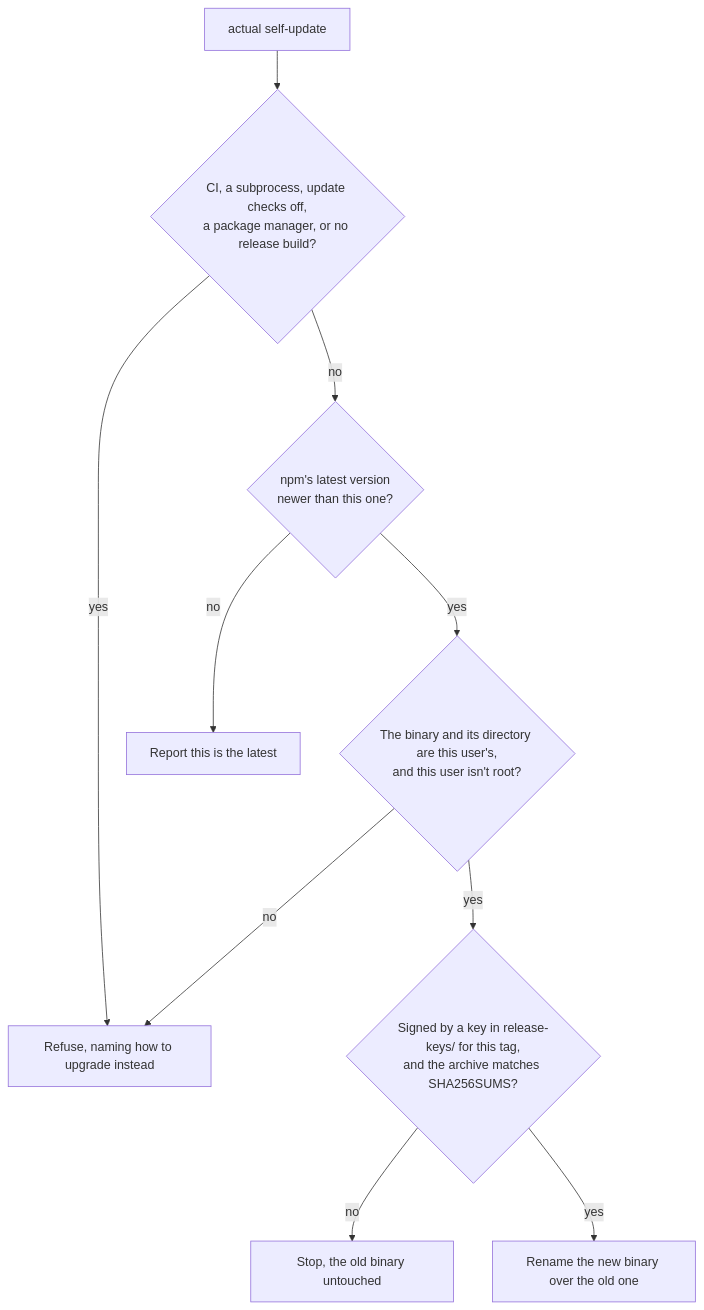
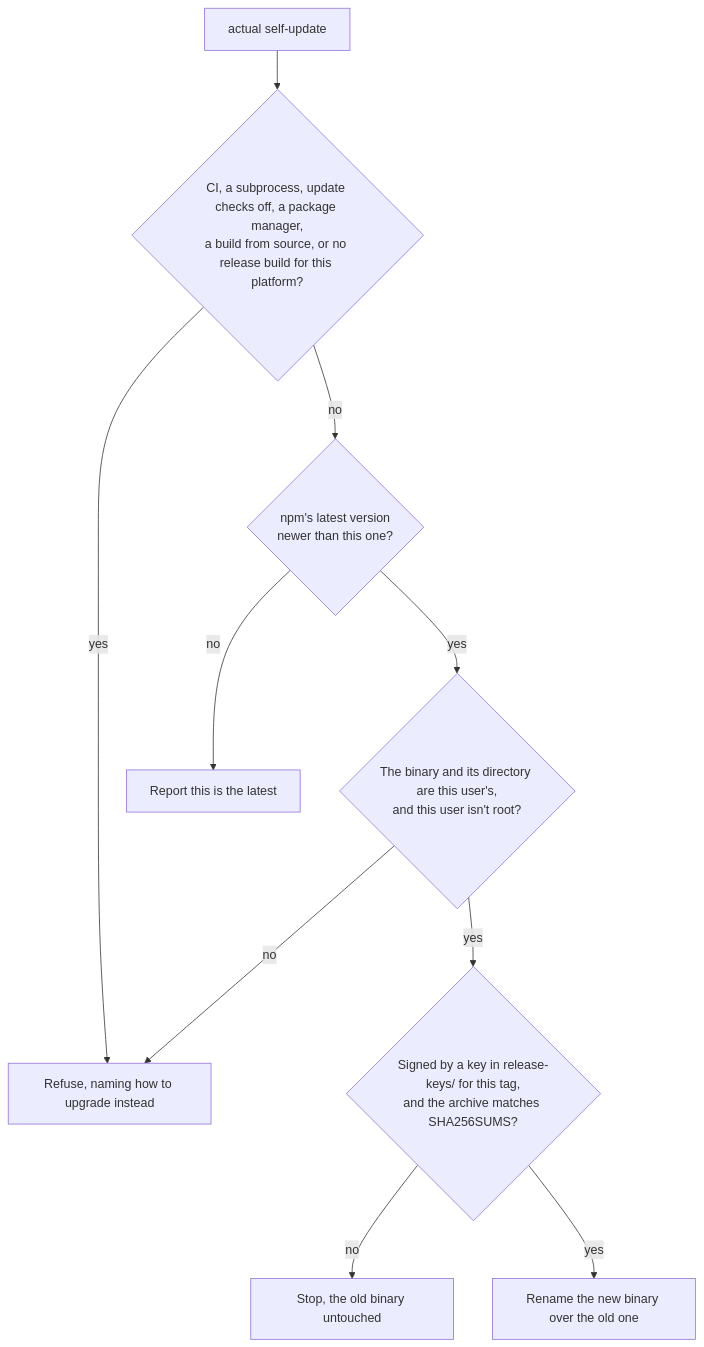
The diagram in docs/SELF_UPDATE.md (actual-software/actual-cli), drawn with Mermaid before and after one commit. The commit also changed other lines of this file and 5 other files, not shown here.

First line of the commit message:
fix(cli): refuse every build from source in actual self-update

````diff
--- a/docs/SELF_UPDATE.md
+++ b/docs/SELF_UPDATE.md
@@ -21,12 +21,12 @@
 ```mermaid
 flowchart TD
-    A["actual self-update"] --> B{"CI, a subprocess, update checks off,<br/>a package manager, or no release build?"}
+    A["actual self-update"] --> B{"CI, a subprocess, update checks off, a package manager,<br/>a build from source, or no release build for this platform?"}
     B -- yes --> R["Refuse, naming how to upgrade instead"]
     B -- no --> C{"npm's latest version<br/>newer than this one?"}
     C -- no --> U["Report this is the latest"]
     C -- yes --> D{"The binary and its directory are this user's,<br/>and this user isn't root?"}
     D -- no --> R
     D -- yes --> E{"Signed by a key in release-keys/ for this tag,<br/>and the archive matches SHA256SUMS?"}
     E -- no --> X["Stop, the old binary untouched"]
     E -- yes --> F["Rename the new binary over the old one"]
 ```
````
